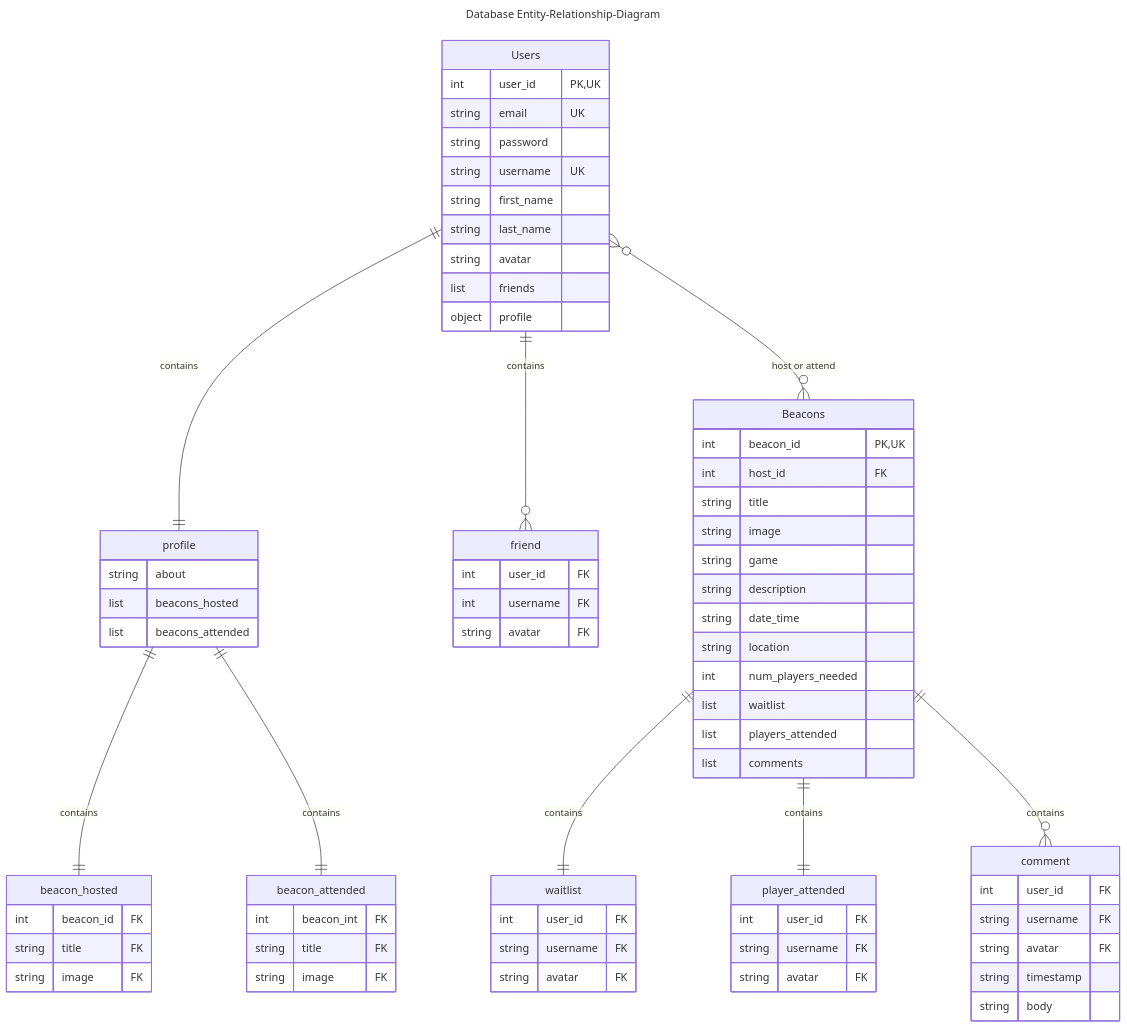
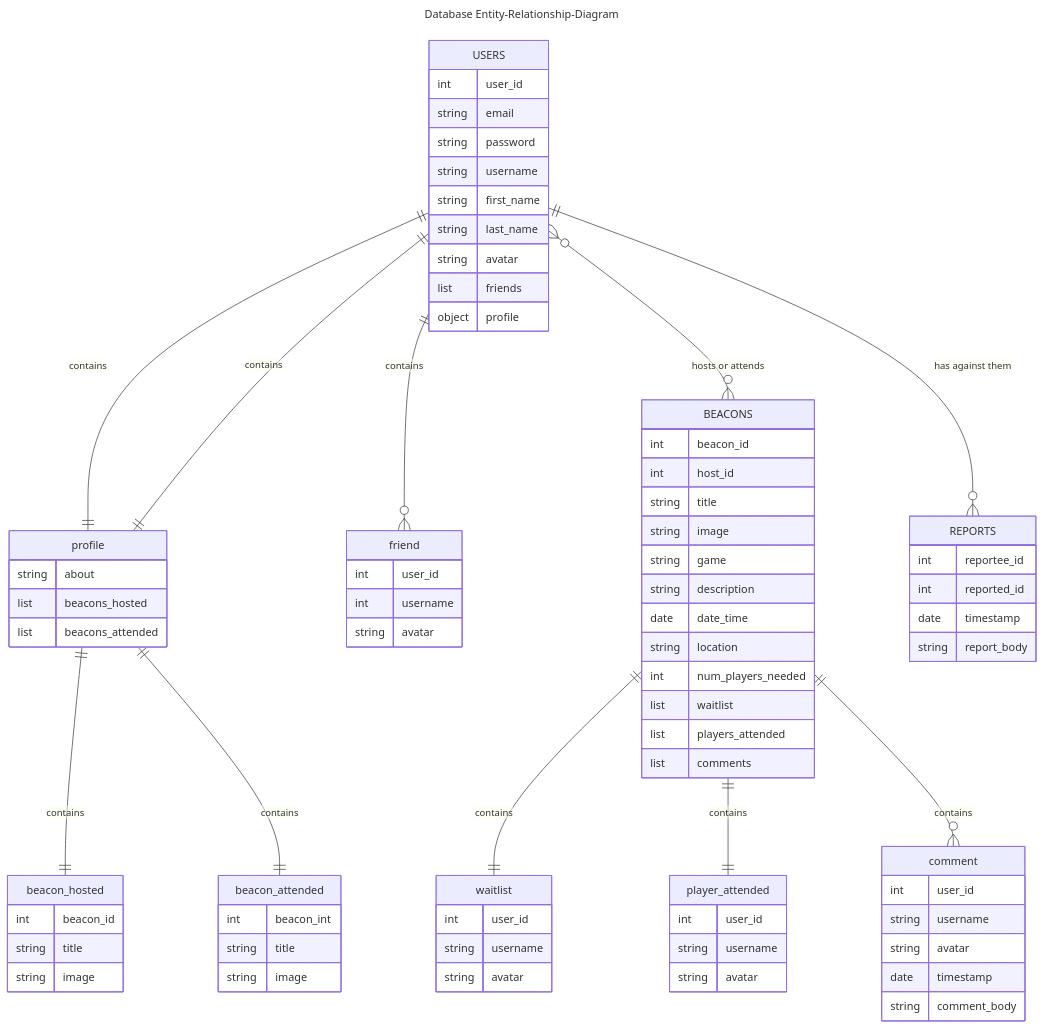
One commit to jenniferlieu/project-lomo-in-person-gaming-app changed the diagram in documentation/docs/system-architecture/erddiagrams.md. Above: the diagram before and after it, drawn with Mermaid. The commit also changed other lines of this file and 1 other file, not shown here.

Commit message:
Finalize backend class diagram

````diff
--- a/documentation/docs/system-architecture/erddiagrams.md
+++ b/documentation/docs/system-architecture/erddiagrams.md
@@ -10,11 +10,12 @@
 title: Database Entity-Relationship-Diagram
 ---
 erDiagram
-    Users { 
-        int user_id PK, UK
-        string email UK
+    USERS ||--|| profile : contains
+    USERS { 
+        int user_id
+        string email
         string password
-        string username UK
+        string username
         string first_name
         string last_name
         string avatar
@@ -22,7 +23,7 @@
         object profile
     }
 
-    Users ||--|| profile : contains
+    USERS ||--|| profile : contains
     profile {
         string about
         list beacons_hosted
@@ -31,34 +32,34 @@
 
     profile ||--|| beacon_hosted : contains
     beacon_hosted {
-        int beacon_id FK
-        string title FK
-        string image FK
+        int beacon_id
+        string title
+        string image
     }
 
     profile ||--|| beacon_attended : contains
     beacon_attended {
-        int beacon_int FK
-        string title FK
-        string image FK
+        int beacon_int
+        string title
+        string image
     }
 
-    Users ||--o{ friend : contains
+    USERS ||--o{ friend : contains
     friend {
-        int user_id FK
-        int username FK
-        string avatar FK
+        int user_id
+        int username
+        string avatar
     }
 
-    Users }o--o{ Beacons : "host or attend"
-    Beacons {
-        int beacon_id PK, UK
-        int host_id FK
+    USERS }o--o{ BEACONS : "hosts or attends"
+    BEACONS {
+        int beacon_id
+        int host_id
         string title
         string image
         string game
         string description
-        string date_time
+        date date_time
         string location
         int num_players_needed
         list waitlist
@@ -66,27 +67,34 @@
         list comments
     }
 
-    Beacons ||--|| waitlist : contains
+    BEACONS ||--|| waitlist : contains
     waitlist {
-        int user_id FK
-        string username FK
-        string avatar FK
+        int user_id
+        string username
+        string avatar
     }
 
-    Beacons ||--|| player_attended : contains
+    BEACONS ||--|| player_attended : contains
     player_attended {
-        int user_id FK
-        string username FK
-        string avatar FK
+        int user_id
+        string username
+        string avatar
     }
 
+    BEACONS ||--o{ comment : contains
+    comment {
+        int user_id
+        string username
+        string avatar
+        date timestamp
+        string comment_body
+    }
 
-    Beacons ||--o{ comment : contains
-    comment {
-        int user_id FK
-        string username FK
-        string avatar FK
-        string timestamp
-        string body
+    USERS ||--o{ REPORTS : "has against them"
+    REPORTS {
+        int reportee_id
+        int reported_id
+        date timestamp
+        string report_body
     }
 ```
````
